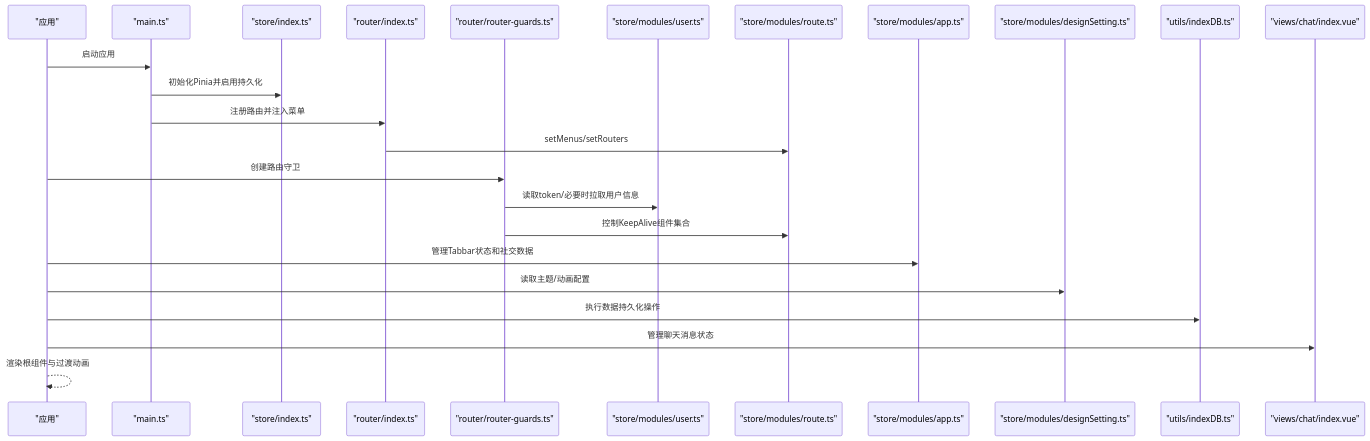
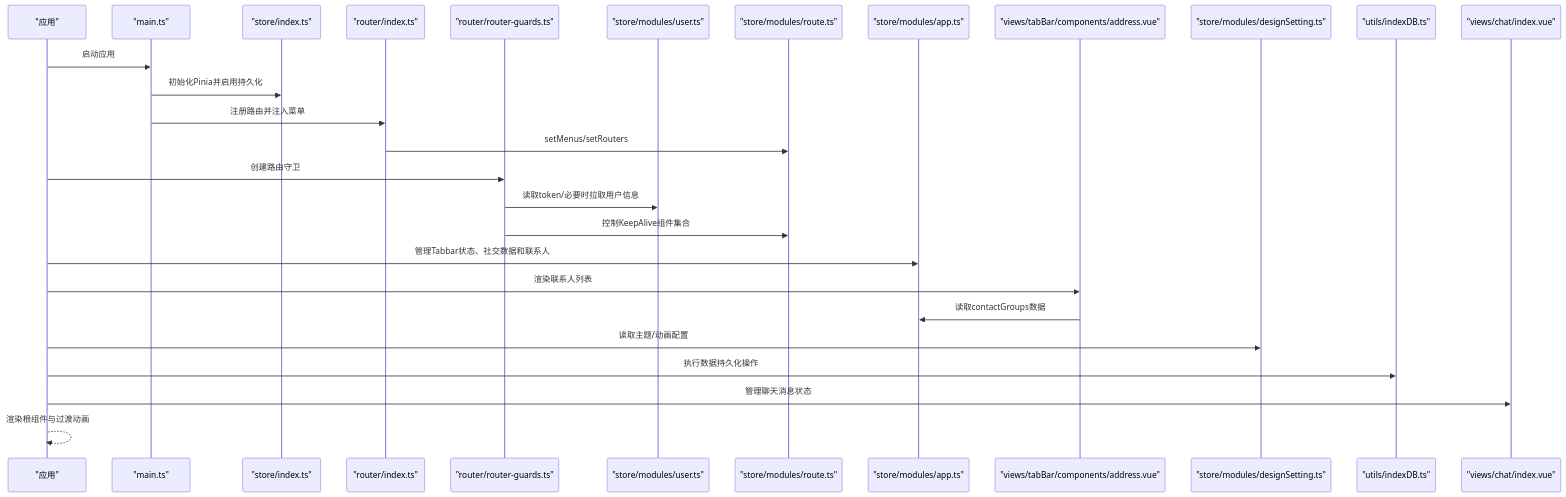
Before and after one commit to giserman001/vue3-vant4-mobile: the second of 11 diagrams in .qoder/repowiki/zh/content/核心系统/状态管理系统/状态管理系统.md, drawn with Mermaid. The commit also changed other lines of this file and 3 other files, not shown here.

````diff
--- a/.qoder/repowiki/zh/content/核心系统/状态管理系统/状态管理系统.md
+++ b/.qoder/repowiki/zh/content/核心系统/状态管理系统/状态管理系统.md
@@ -156,26 +161,29 @@
 ```mermaid
 sequenceDiagram
 participant App as "应用"
 participant Main as "main.ts"
 participant Store as "store/index.ts"
 participant Router as "router/index.ts"
 participant Guards as "router/router-guards.ts"
 participant User as "store/modules/user.ts"
 participant Route as "store/modules/route.ts"
 participant AppStore as "store/modules/app.ts"
+participant AddressView as "views/tabBar/components/address.vue"
 participant Design as "store/modules/designSetting.ts"
 participant IndexedDB as "utils/indexDB.ts"
 participant Chat as "views/chat/index.vue"
 App->>Main : 启动应用
 Main->>Store : 初始化Pinia并启用持久化
 Main->>Router : 注册路由并注入菜单
 Router->>Route : setMenus/setRouters
 App->>Guards : 创建路由守卫
 Guards->>User : 读取token/必要时拉取用户信息
 Guards->>Route : 控制KeepAlive组件集合
-App->>AppStore : 管理Tabbar状态和社交数据
+App->>AppStore : 管理Tabbar状态、社交数据和联系人
+App->>AddressView : 渲染联系人列表
+AddressView->>AppStore : 读取contactGroups数据
 App->>Design : 读取主题/动画配置
 App->>IndexedDB : 执行数据持久化操作
 App->>Chat : 管理聊天消息状态
 App-->>App : 渲染根组件与过渡动画
 ```
````
